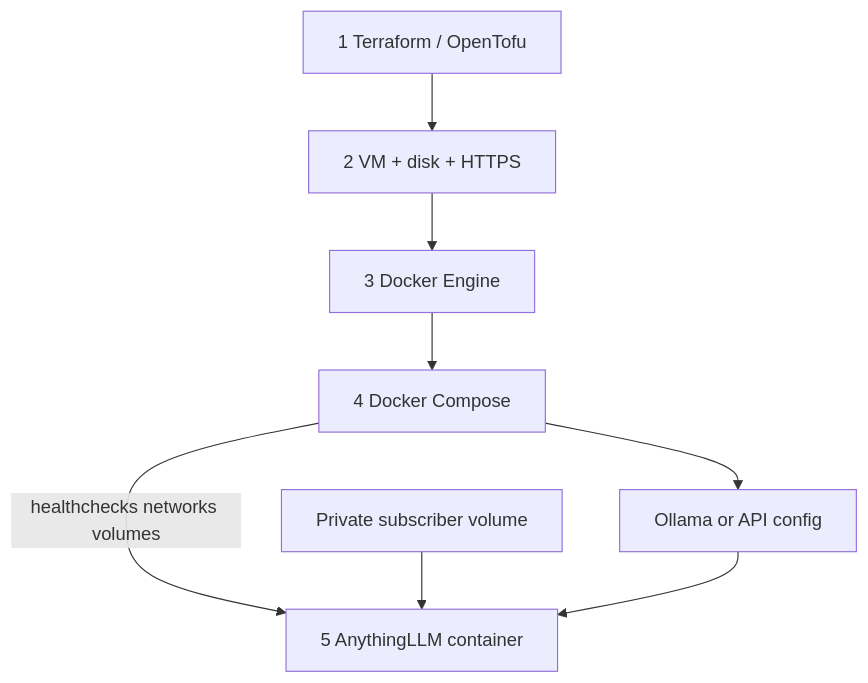
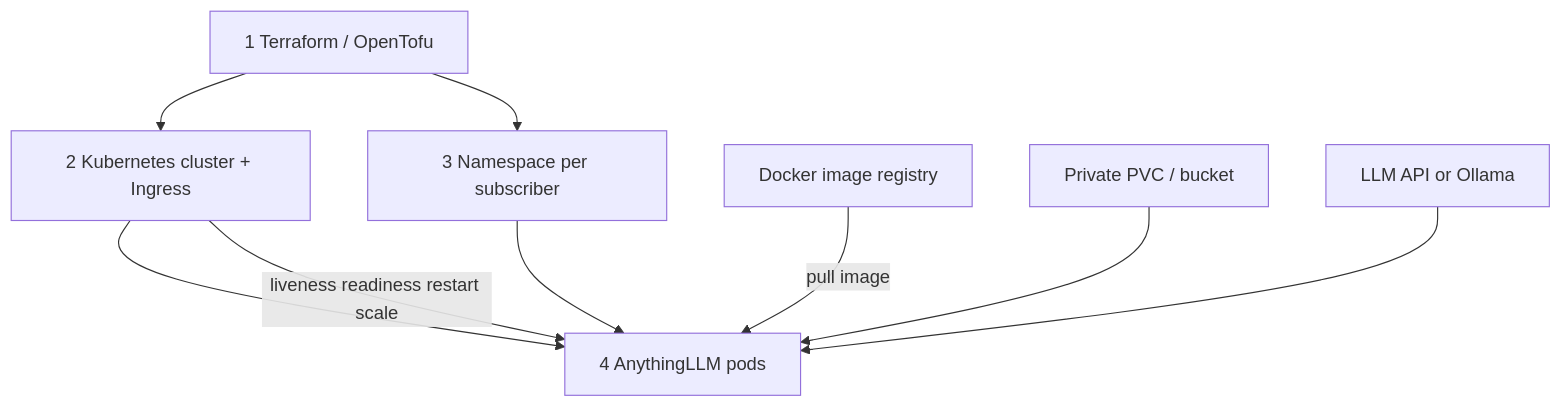
Before and after one commit to cameronhumdev/Autodesk-MCP: the first of 3 diagrams in PLAN.md, drawn with Mermaid. The commit also changed other lines of this file and 1 other file, not shown here.

First line of the commit message:
Put Kubernetes in the cloud stack; Compose is local-only.

````diff
--- a/PLAN.md
+++ b/PLAN.md
@@ -64,18 +71,19 @@
 ```mermaid
 flowchart TD
   T[1 Terraform / OpenTofu]
-  VM[2 VM + disk + HTTPS]
-  DE[3 Docker Engine]
-  DC[4 Docker Compose]
-  ALLM[5 AnythingLLM container]
-  LLM[Ollama or API config]
-  Vol[Private subscriber volume]
+  C[2 Kubernetes cluster + Ingress]
+  NS[3 Namespace per subscriber]
+  IMG[Docker image registry]
+  POD[4 AnythingLLM pods]
+  PVC[Private PVC / bucket]
+  LLM[LLM API or Ollama]
 
-  T --> VM
-  VM --> DE
-  DE --> DC
-  DC -->|healthchecks networks volumes| ALLM
-  DC --> LLM
-  Vol --> ALLM
-  LLM --> ALLM
+  T --> C
+  T --> NS
+  IMG -->|pull image| POD
+  C --> POD
+  NS --> POD
+  PVC --> POD
+  LLM --> POD
+  C -->|liveness readiness restart scale| POD
 ```
````
